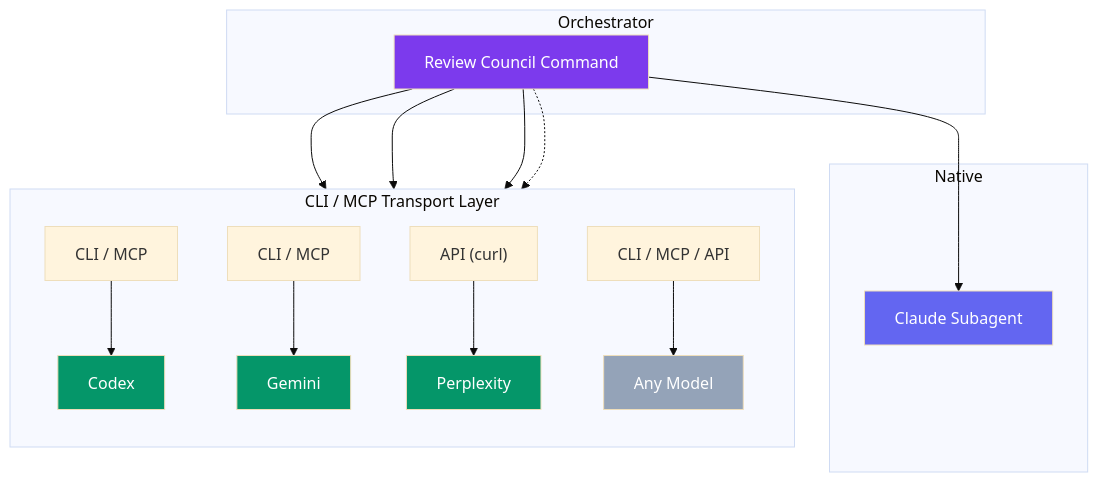
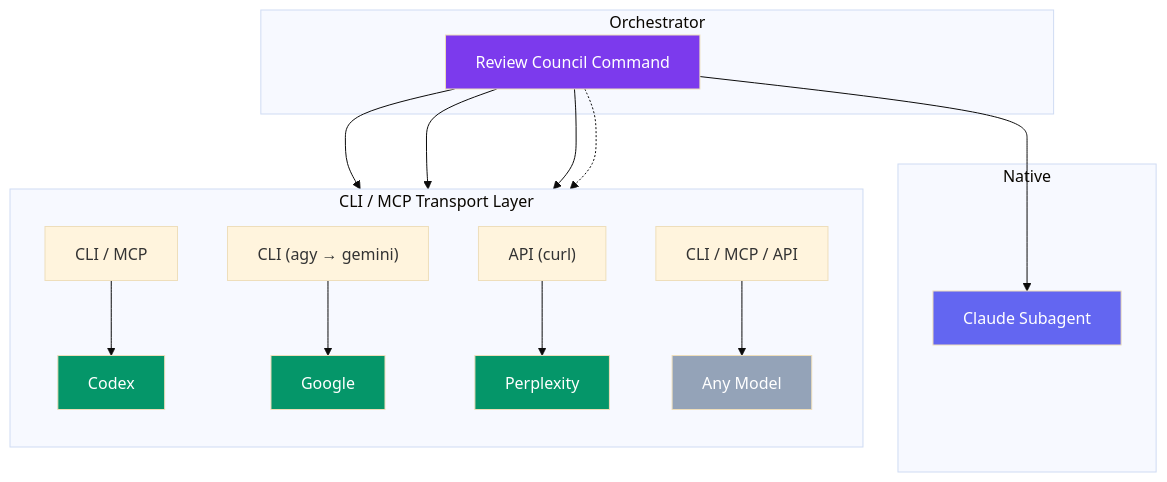
Before and after one commit to deployhq/review-council: the fifth of 5 diagrams in README.md, drawn with Mermaid (base theme). The commit also changed other lines of this file and 7 other files, not shown here.

````diff
--- a/README.md
+++ b/README.md
@@ -297,31 +301,31 @@
 ```mermaid
 graph TB
     subgraph "Orchestrator"
         O["Review Council Command"]
     end
 
     subgraph "Native"
         C["Claude Subagent"]
     end
 
     subgraph "CLI / MCP Transport Layer"
         direction TB
         S1["CLI / MCP"] --> X["Codex"]
-        S2["CLI / MCP"] --> G["Gemini"]
+        S2["CLI (agy → gemini)"] --> G["Google"]
         S3["API (curl)"] --> P["Perplexity"]
         S4["CLI / MCP / API"] --> A["Any Model"]
     end
 
     O --> C
     O --> S1
     O --> S2
     O --> S3
     O -.-> S4
 
     style O fill:#7c3aed,color:#fff
     style C fill:#6366f1,color:#fff
     style X fill:#059669,color:#fff
     style G fill:#059669,color:#fff
     style P fill:#059669,color:#fff
     style A fill:#94a3b8,color:#fff
 ```
````
